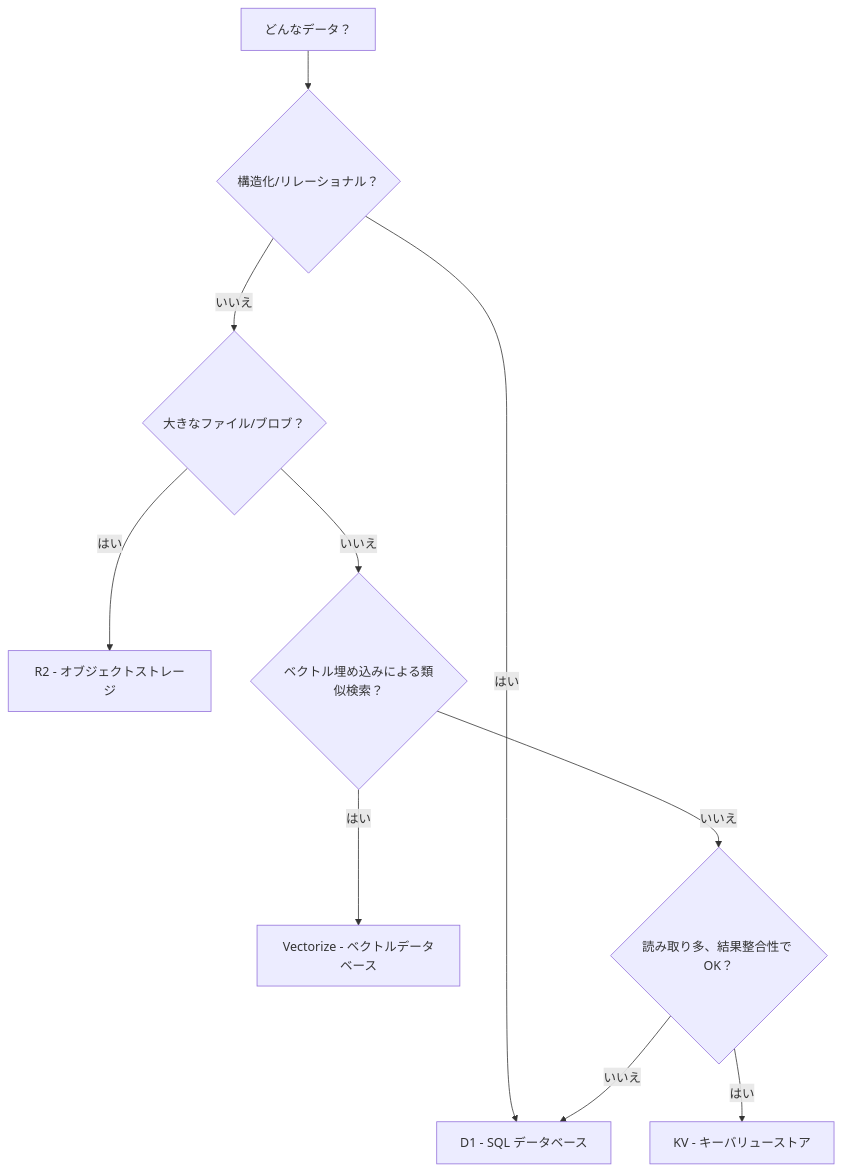
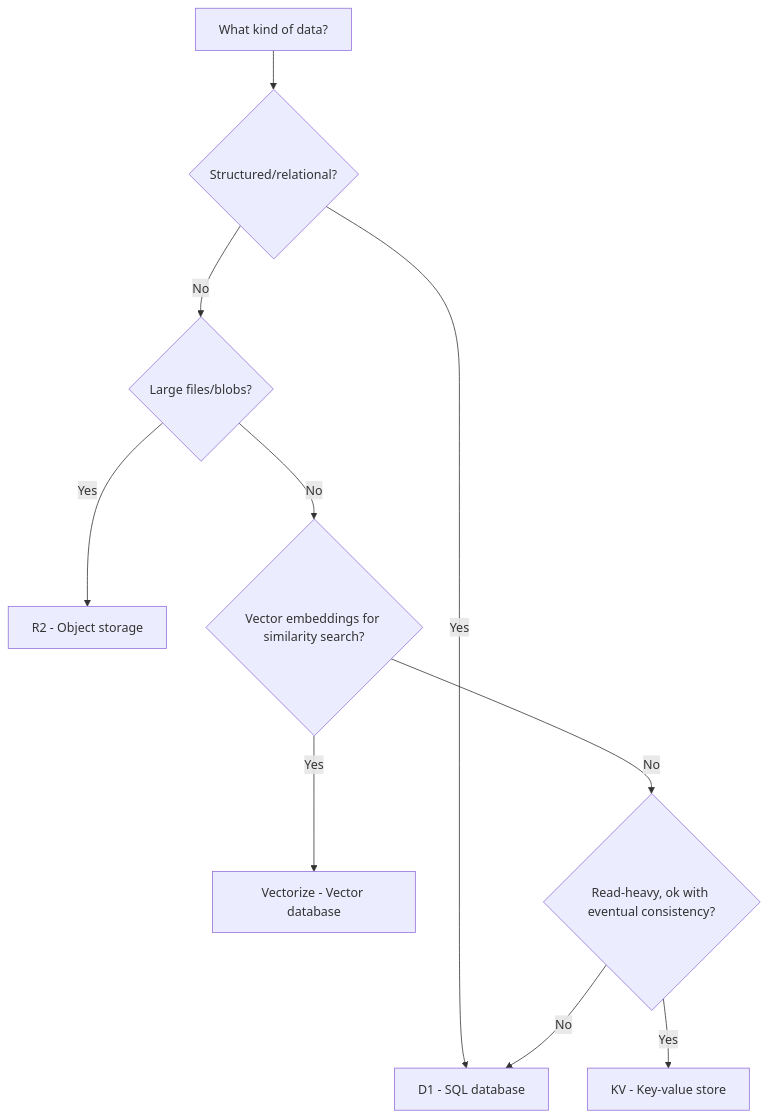
Before and after one commit to Takazudo/zudo-cloudflare-wisdom: the diagram in src/content/docs-ja/storage/index.mdx, drawn with Mermaid. The commit also changed 3 other files, not shown here.

````diff
--- a/src/content/docs-ja/storage/index.mdx
+++ b/src/content/docs-ja/storage/index.mdx
@@ -20,12 +20,12 @@
 ```mermaid
 graph TD
-  A[どんなデータ？] --> B{構造化/リレーショナル？}
-  B -->|はい| C[D1 - SQL データベース]
-  B -->|いいえ| D{大きなファイル/ブロブ？}
-  D -->|はい| E[R2 - オブジェクトストレージ]
-  D -->|いいえ| H{ベクトル埋め込みによる類似検索？}
-  H -->|はい| I[Vectorize - ベクトルデータベース]
-  H -->|いいえ| F{読み取り多、結果整合性で OK？}
-  F -->|はい| G[KV - キーバリューストア]
-  F -->|いいえ| C
+  A[What kind of data?] --> B{Structured/relational?}
+  B -->|Yes| C[D1 - SQL database]
+  B -->|No| D{Large files/blobs?}
+  D -->|Yes| E[R2 - Object storage]
+  D -->|No| H{Vector embeddings for similarity search?}
+  H -->|Yes| I[Vectorize - Vector database]
+  H -->|No| F{Read-heavy, ok with eventual consistency?}
+  F -->|Yes| G[KV - Key-value store]
+  F -->|No| C
 ```
````
